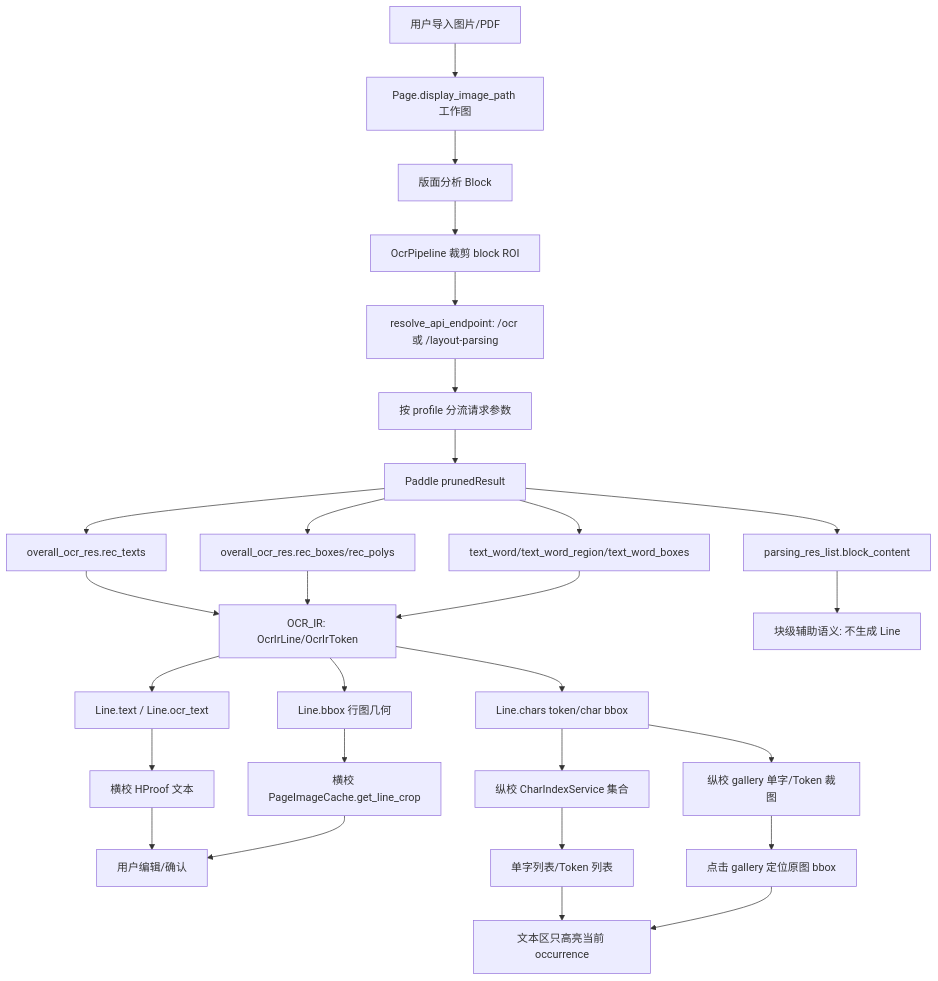
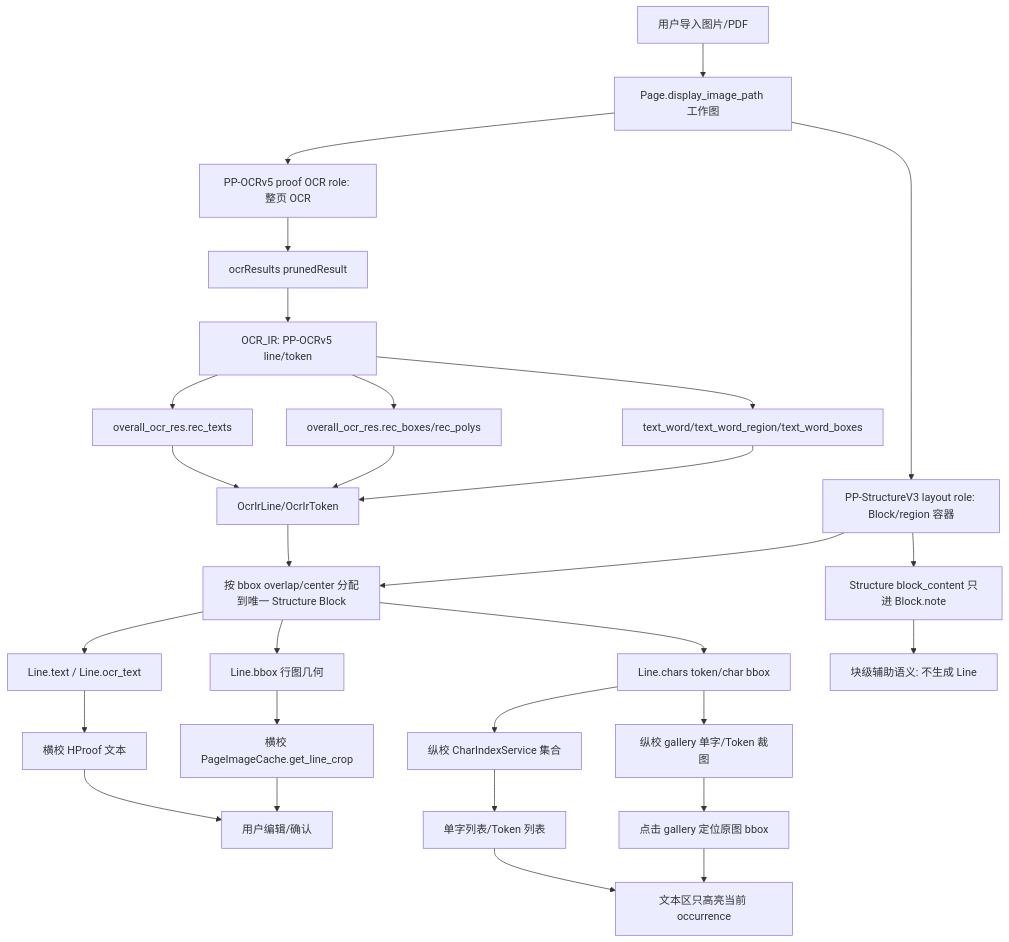
Before and after one commit to zhanghuai-z/ocr_process_review: the diagram in ocr-logic-chain.md, drawn with Mermaid. The commit also changed other lines of this file and 5 other files, not shown here.

Commit message:
Route proof OCR through PP-OCRv5

````diff
--- a/ocr-logic-chain.md
+++ b/ocr-logic-chain.md
@@ -130,34 +144,35 @@
 ```mermaid
 flowchart TD
     A[用户导入图片/PDF] --> B[Page.display_image_path 工作图]
-    B --> C[版面分析 Block]
-    C --> D[OcrPipeline 裁剪 block ROI]
-    D --> E[resolve_api_endpoint: /ocr 或 /layout-parsing]
-    E --> F[按 profile 分流请求参数]
-    F --> G[Paddle prunedResult]
+    B --> C[PP-StructureV3 layout role: Block/region 容器]
+    B --> D[PP-OCRv5 proof OCR role: 整页 OCR]
+    C --> A1[Structure block_content 只进 Block.note]
+    D --> E[ocrResults prunedResult]
+    E --> F[OCR_IR: PP-OCRv5 line/token]
 
-    G --> H1[overall_ocr_res.rec_texts]
-    G --> H2[overall_ocr_res.rec_boxes/rec_polys]
-    G --> H3[text_word/text_word_region/text_word_boxes]
-    G --> H4[parsing_res_list.block_content]
+    F --> H1[overall_ocr_res.rec_texts]
+    F --> H2[overall_ocr_res.rec_boxes/rec_polys]
+    F --> H3[text_word/text_word_region/text_word_boxes]
 
-    H1 --> IR[OCR_IR: OcrIrLine/OcrIrToken]
+    H1 --> IR[OcrIrLine/OcrIrToken]
     H2 --> IR
     H3 --> IR
-    IR --> I[Line.text / Line.ocr_text]
-    IR --> J[Line.bbox 行图几何]
-    IR --> K[Line.chars token/char bbox]
-    H4 --> L[块级辅助语义: 不生成 Line]
+    IR --> X[按 bbox overlap/center 分配到唯一 Structure Block]
+    C --> X
+    X --> I[Line.text / Line.ocr_text]
+    X --> J[Line.bbox 行图几何]
+    X --> K[Line.chars token/char bbox]
+    A1 --> L[块级辅助语义: 不生成 Line]
 
     I --> M[横校 HProof 文本]
     J --> N[横校 PageImageCache.get_line_crop]
     K --> O[纵校 CharIndexService 集合]
     K --> P[纵校 gallery 单字/Token 裁图]
 
     M --> Q[用户编辑/确认]
     N --> Q
     O --> R[单字列表/Token 列表]
     P --> S[点击 gallery 定位原图 bbox]
     R --> T[文本区只高亮当前 occurrence]
     S --> T
 ```
````
